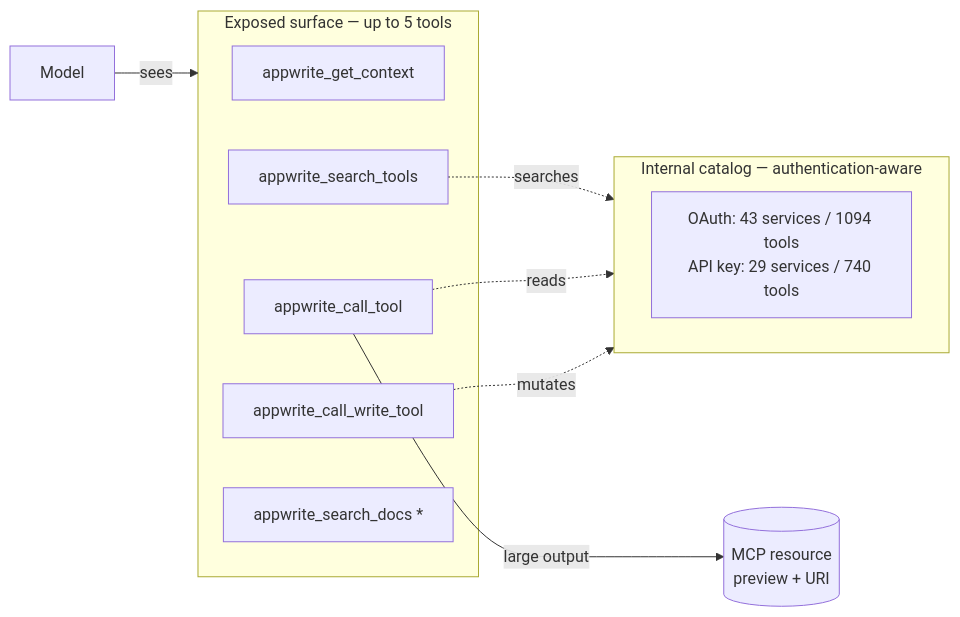
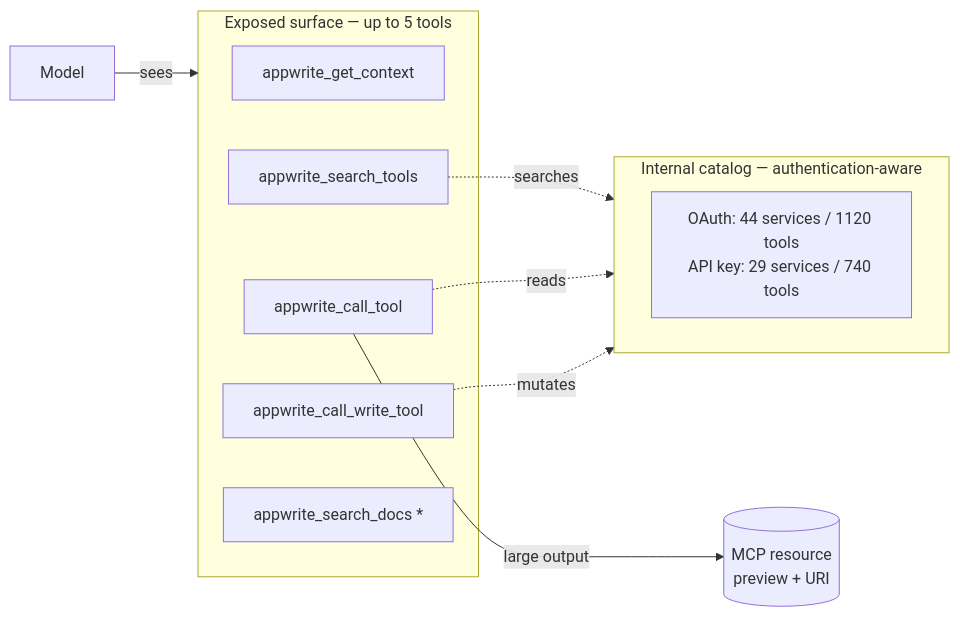
Before and after one commit to appwrite/mcp: the diagram in docs/tool-surface.md, drawn with Mermaid. The commit also changed other lines of this file and 8 other files, not shown here.

````diff
--- a/docs/tool-surface.md
+++ b/docs/tool-surface.md
@@ -7,23 +7,23 @@
 ```mermaid
 flowchart LR
     M[Model] -->|sees| E
 
     subgraph E[Exposed surface — up to 5 tools]
         C[appwrite_get_context]
         ST[appwrite_search_tools]
         CT[appwrite_call_tool]
         WT[appwrite_call_write_tool]
         SD[appwrite_search_docs *]
     end
 
     ST -.searches.-> CAT
     CT -.reads.-> CAT
     WT -.mutates.-> CAT
 
     subgraph CAT[Internal catalog — authentication-aware]
         direction LR
-        K[OAuth: 43 services / 1094 tools<br/>API key: 29 services / 740 tools]
+        K[OAuth: 44 services / 1120 tools<br/>API key: 29 services / 740 tools]
     end
 
     CT -->|large output| R[(MCP resource<br/>preview + URI)]
 ```
````
